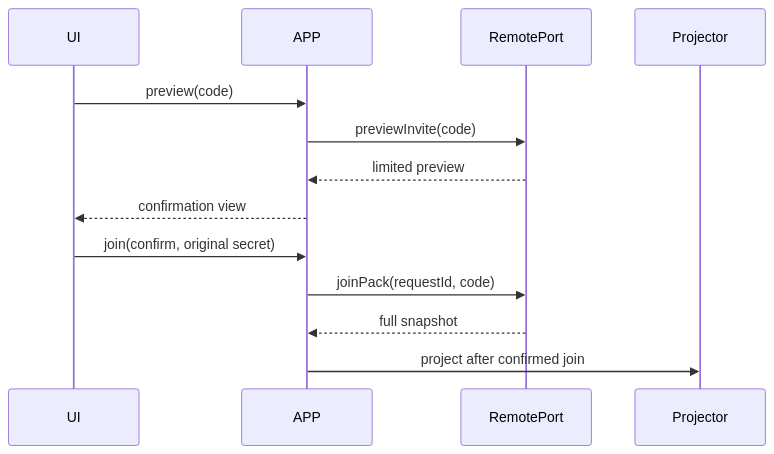
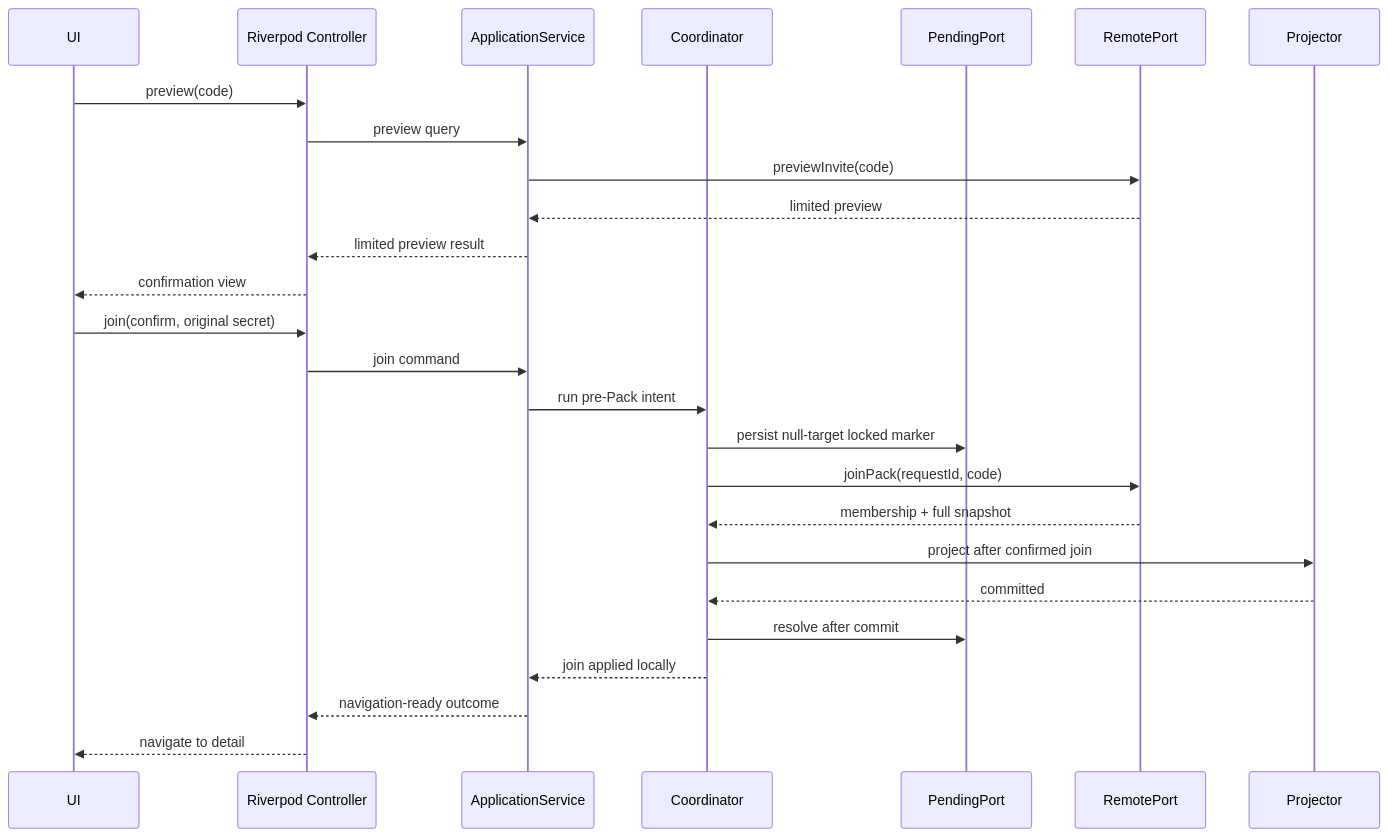
Before and after one commit to happybanxlala/reminder_app: the ninth of 12 diagrams in docs/core/14_shared_pack_application_ui_test_contract_v1.md, drawn with Mermaid. The commit also changed other lines of this file, not shown here.

````diff
--- a/docs/core/14_shared_pack_application_ui_test_contract_v1.md
+++ b/docs/core/14_shared_pack_application_ui_test_contract_v1.md
@@ -1109,15 +1167,28 @@
 ```mermaid
 sequenceDiagram
   participant UI
-  participant APP
+  participant RP as Riverpod Controller
+  participant APP as ApplicationService
+  participant COORD as Coordinator
+  participant PEND as PendingPort
   participant REM as RemotePort
   participant PROJ as Projector
-  UI->>APP: preview(code)
+  UI->>RP: preview(code)
+  RP->>APP: preview query
   APP->>REM: previewInvite(code)
   REM-->>APP: limited preview
-  APP-->>UI: confirmation view
-  UI->>APP: join(confirm, original secret)
-  APP->>REM: joinPack(requestId, code)
-  REM-->>APP: full snapshot
-  APP->>PROJ: project after confirmed join
+  APP-->>RP: limited preview result
+  RP-->>UI: confirmation view
+  UI->>RP: join(confirm, original secret)
+  RP->>APP: join command
+  APP->>COORD: run pre-Pack intent
+  COORD->>PEND: persist null-target locked marker
+  COORD->>REM: joinPack(requestId, code)
+  REM-->>COORD: membership + full snapshot
+  COORD->>PROJ: project after confirmed join
+  PROJ-->>COORD: committed
+  COORD->>PEND: resolve after commit
+  COORD-->>APP: join applied locally
+  APP-->>RP: navigation-ready outcome
+  RP-->>UI: navigate to detail
 ```
````
